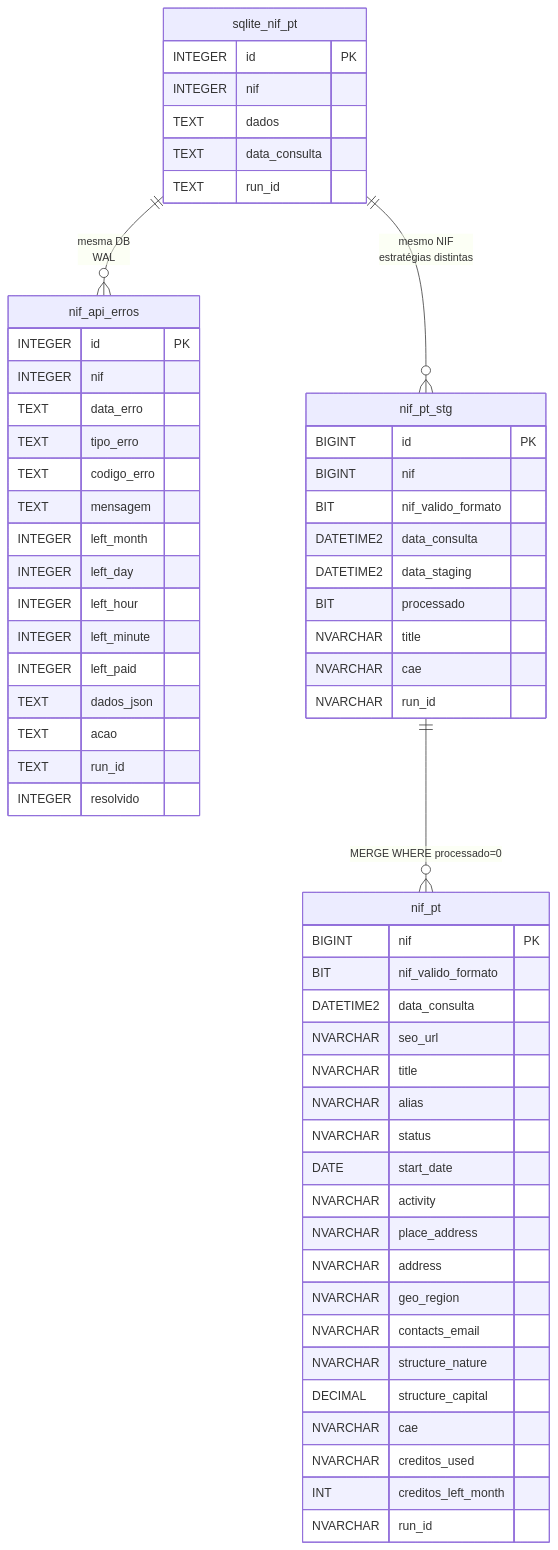
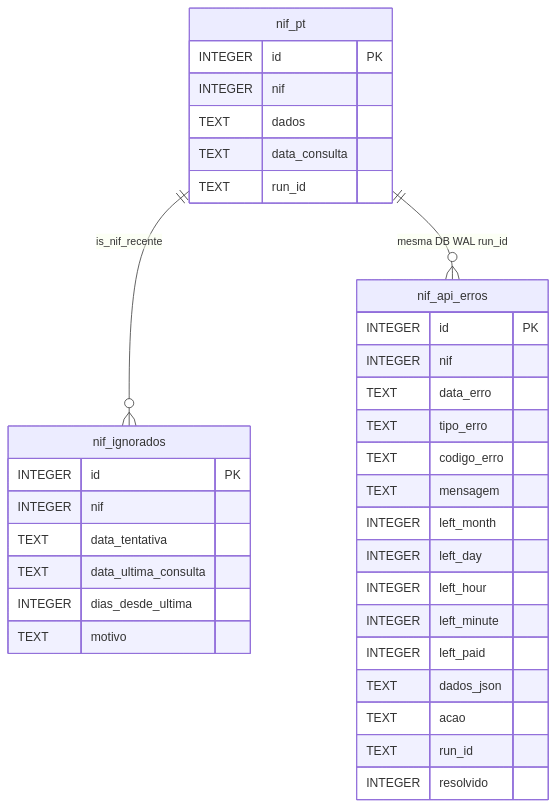
The sixth of 7 diagrams in docs/technical.md (nunoetome/nif-pt), drawn with Mermaid before and after one commit. The commit also changed other lines of this file and 28 other files, not shown here.

````diff
--- a/docs/technical.md
+++ b/docs/technical.md
@@ -287,62 +323,37 @@
 ```mermaid
 erDiagram
-    sqlite_nif_pt {
+    nif_pt {
         INTEGER id PK
         INTEGER nif
         TEXT dados
         TEXT data_consulta
         TEXT run_id
     }
     nif_api_erros {
         INTEGER id PK
         INTEGER nif
         TEXT data_erro
         TEXT tipo_erro
         TEXT codigo_erro
         TEXT mensagem
         INTEGER left_month
         INTEGER left_day
         INTEGER left_hour
         INTEGER left_minute
         INTEGER left_paid
         TEXT dados_json
         TEXT acao
         TEXT run_id
         INTEGER resolvido
     }
-    nif_pt {
-        BIGINT nif PK
-        BIT nif_valido_formato
-        DATETIME2 data_consulta
-        NVARCHAR seo_url
-        NVARCHAR title
-        NVARCHAR alias
-        NVARCHAR status
-        DATE start_date
-        NVARCHAR activity
-        NVARCHAR place_address
-        NVARCHAR address
-        NVARCHAR geo_region
-        NVARCHAR contacts_email
-        NVARCHAR structure_nature
-        DECIMAL structure_capital
-        NVARCHAR cae
-        NVARCHAR creditos_used
-        INT creditos_left_month
-        NVARCHAR run_id
+    nif_ignorados {
+        INTEGER id PK
+        INTEGER nif
+        TEXT data_tentativa
+        TEXT data_ultima_consulta
+        INTEGER dias_desde_ultima
+        TEXT motivo
     }
-    nif_pt_stg {
-        BIGINT id PK
-        BIGINT nif
-        BIT nif_valido_formato
-        DATETIME2 data_consulta
-        DATETIME2 data_staging
-        BIT processado
-        NVARCHAR title
-        NVARCHAR cae
-        NVARCHAR run_id
-    }
-    nif_pt_stg ||--o{ nif_pt : "MERGE WHERE processado=0"
-    sqlite_nif_pt ||--o{ nif_pt_stg : "mesmo NIF<br/>estratégias distintas"
-    sqlite_nif_pt ||--o{ nif_api_erros : "mesma DB<br/>WAL"
+    nif_pt ||--o{ nif_ignorados : "is_nif_recente"
+    nif_pt ||--o{ nif_api_erros : "mesma DB WAL run_id"
 ```
````
